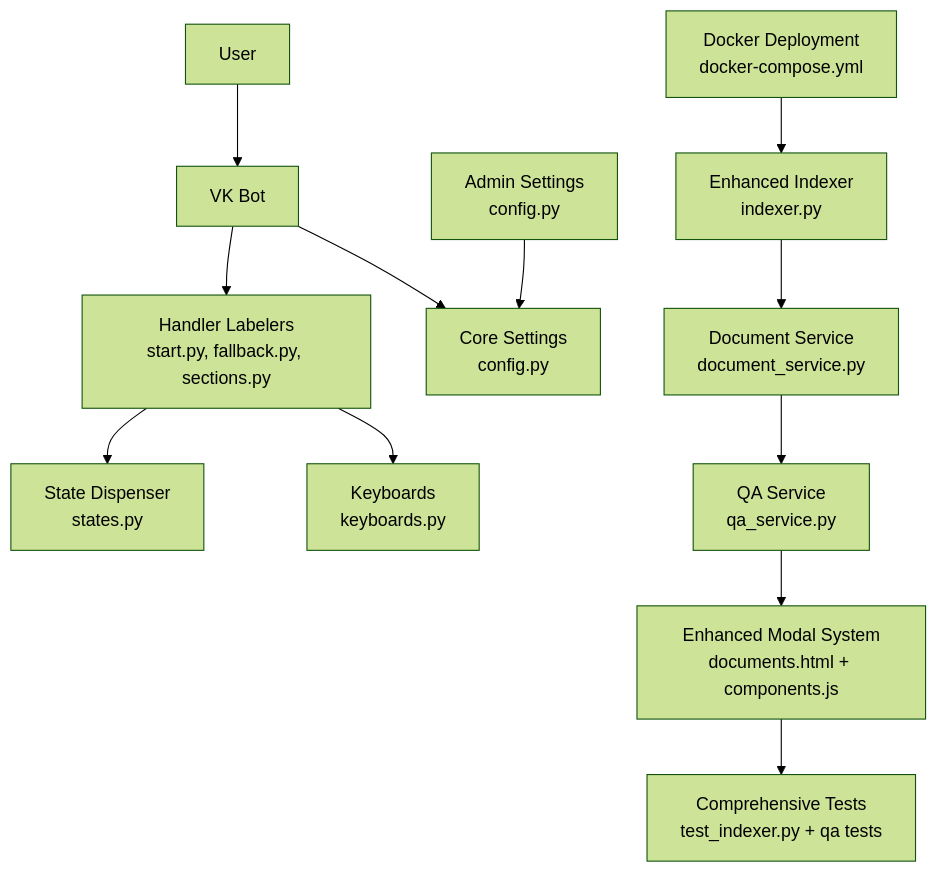
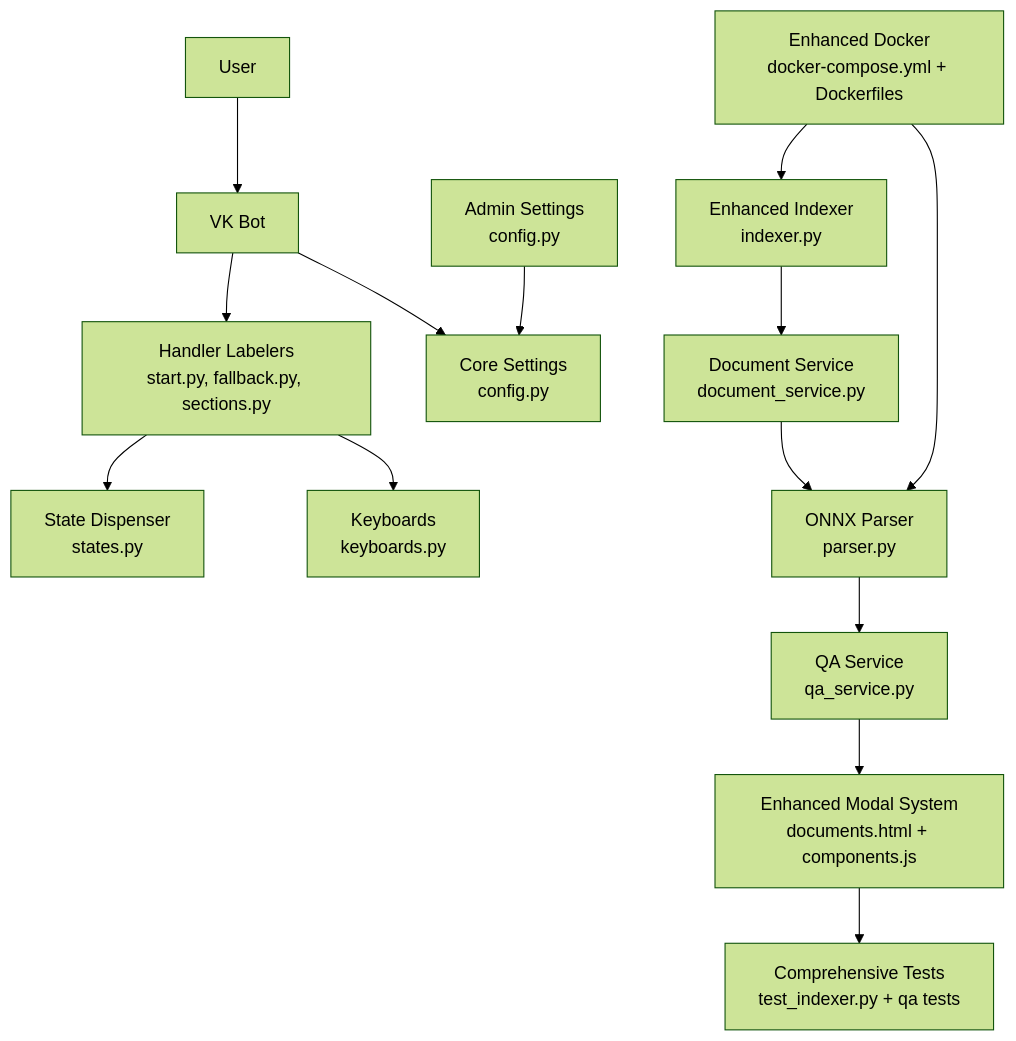
One commit to ognelis/cafetera_hr_bot changed the second of 19 diagrams in .qoder/repowiki/en/content/Document Management System.md. Above: the diagram before and after it, drawn with Mermaid (forest theme). The commit also changed other lines of this file and 69 other files, not shown here.

````diff
--- a/.qoder/repowiki/en/content/Document Management System.md
+++ b/.qoder/repowiki/en/content/Document Management System.md
@@ -131,27 +139,30 @@
 ```mermaid
 graph TB
 USER["User"]
 BOT["VK Bot"]
 LABELERS["Handler Labelers<br/>start.py, fallback.py, sections.py"]
 STATE["State Dispenser<br/>states.py"]
 KB["Keyboards<br/>keyboards.py"]
 CORECFG["Core Settings<br/>config.py"]
 ADMINCFG["Admin Settings<br/>config.py"]
 INDEXER["Enhanced Indexer<br/>indexer.py"]
 DOCSVC["Document Service<br/>document_service.py"]
 QA_SERVICE["QA Service<br/>qa_service.py"]
+PARSER["ONNX Parser<br/>parser.py"]
 MODAL_SYS["Enhanced Modal System<br/>documents.html + components.js"]
 TESTS["Comprehensive Tests<br/>test_indexer.py + qa tests"]
-DOCKER["Docker Deployment<br/>docker-compose.yml"]
+DOCKER["Enhanced Docker<br/>docker-compose.yml + Dockerfiles"]
 USER --> BOT
 BOT --> LABELERS
 LABELERS --> STATE
 LABELERS --> KB
 BOT --> CORECFG
 ADMINCFG --> CORECFG
 INDEXER --> DOCSVC
-DOCSVC --> QA_SERVICE
+DOCSVC --> PARSER
+PARSER --> QA_SERVICE
 QA_SERVICE --> MODAL_SYS
 MODAL_SYS --> TESTS
 DOCKER --> INDEXER
+DOCKER --> PARSER
 ```
````
